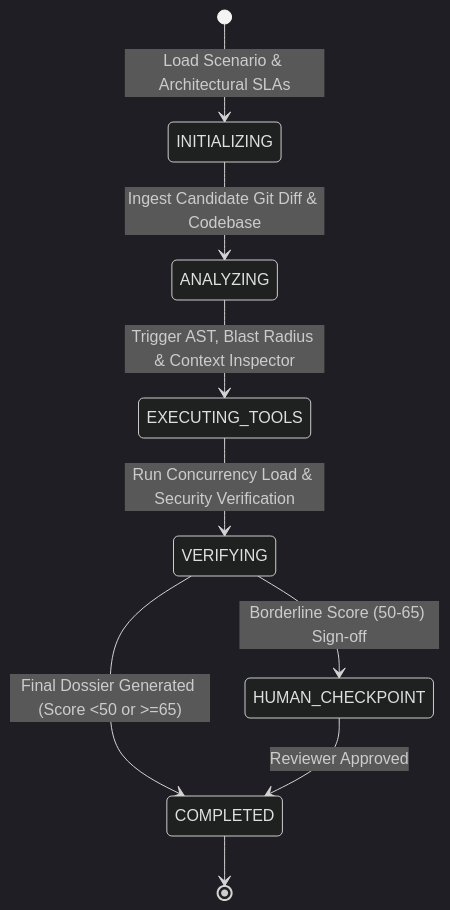
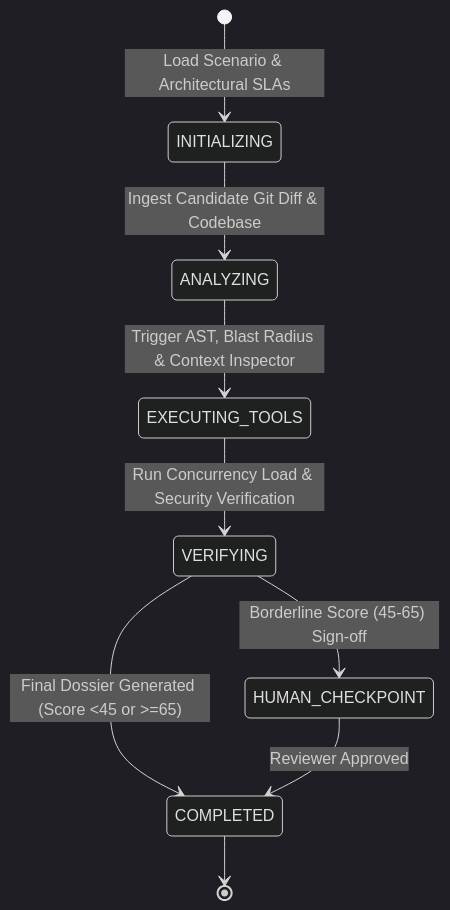
One commit to FFernandes4280/Frontier-Engineering-Challenge-2026 changed the second of 2 diagrams in README.md. Above: the diagram before and after it, drawn with Mermaid (dark theme). The commit also changed other lines of this file and 32 other files, not shown here.

````diff
--- a/README.md
+++ b/README.md
@@ -98,11 +105,11 @@
 ```mermaid
 stateDiagram-v2
     [*] --> INITIALIZING: Load Scenario & Architectural SLAs
     INITIALIZING --> ANALYZING: Ingest Candidate Git Diff & Codebase
     ANALYZING --> EXECUTING_TOOLS: Trigger AST, Blast Radius & Context Inspector
     EXECUTING_TOOLS --> VERIFYING: Run Concurrency Load & Security Verification
-    VERIFYING --> HUMAN_CHECKPOINT: Borderline Score (50-65) Sign-off
-    VERIFYING --> COMPLETED: Final Dossier Generated (Score <50 or >=65)
+    VERIFYING --> HUMAN_CHECKPOINT: Borderline Score (45-65) Sign-off
+    VERIFYING --> COMPLETED: Final Dossier Generated (Score <45 or >=65)
     HUMAN_CHECKPOINT --> COMPLETED: Reviewer Approved
     COMPLETED --> [*]
 ```
````
